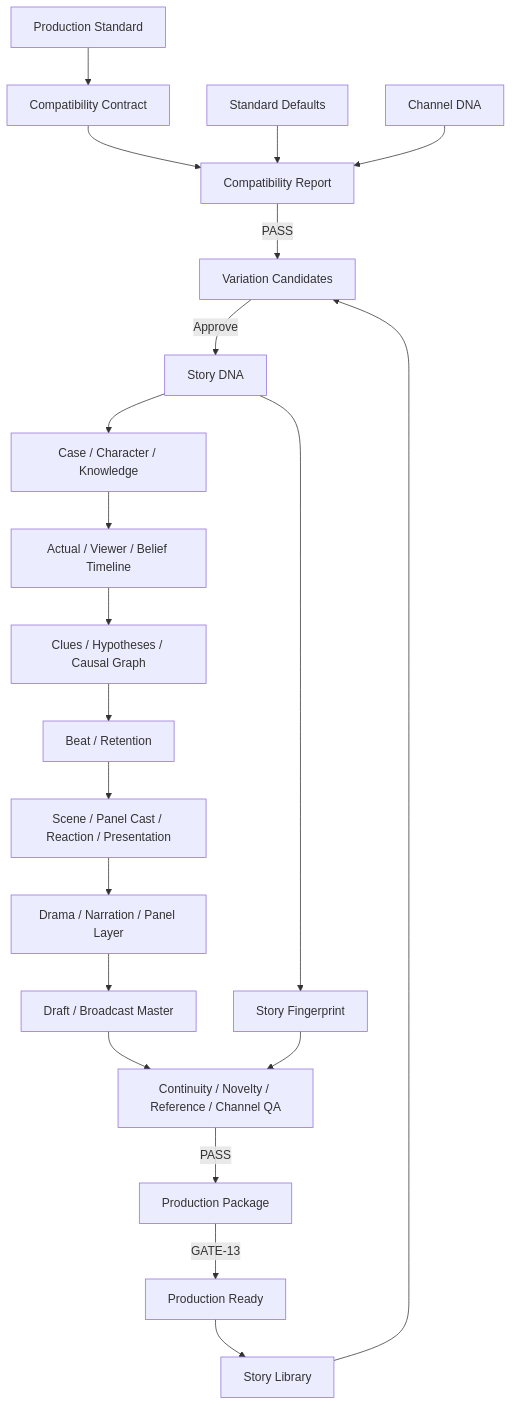
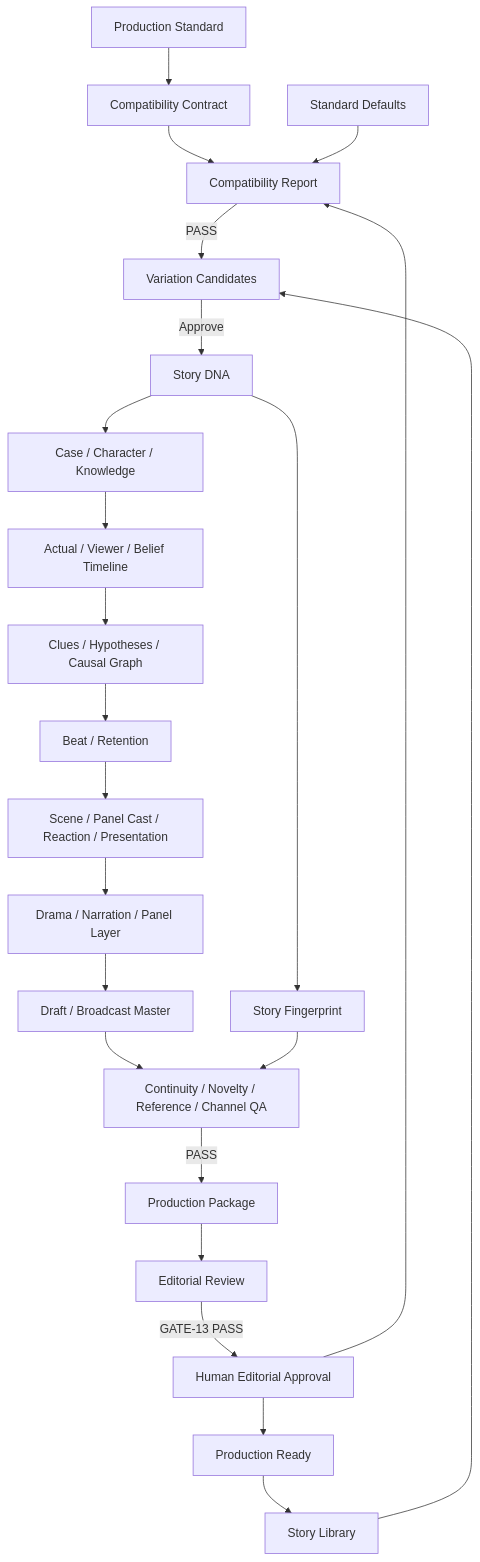
One commit to zzocojoa/mystery-starter-kit changed the first of 3 diagrams in docs/01-plan/erd.md. Above: the diagram before and after it, drawn with Mermaid. The commit also changed other lines of this file and 50 other files, not shown here.

````diff
--- a/docs/01-plan/erd.md
+++ b/docs/01-plan/erd.md
@@ -3,23 +3,25 @@
 ```mermaid
 flowchart TD
     S[Production Standard] --> C[Compatibility Contract]
     C --> R[Compatibility Report]
     D[Standard Defaults] --> R
     H[Channel DNA] --> R
     R -->|PASS| V[Variation Candidates]
     L[Story Library] --> V
     V -->|Approve| T[Story DNA]
     T --> F[Story Fingerprint]
     T --> K[Case / Character / Knowledge]
     K --> M[Actual / Viewer / Belief Timeline]
     M --> Q[Clues / Hypotheses / Causal Graph]
     Q --> B[Beat / Retention]
     B --> N[Scene / Panel Cast / Reaction / Presentation]
     N --> X[Drama / Narration / Panel Layer]
     X --> Y[Draft / Broadcast Master]
     Y --> A[Continuity / Novelty / Reference / Channel QA]
     F --> A
     A -->|PASS| P[Production Package]
-    P -->|GATE-13| Z[Production Ready]
+    P --> E[Editorial Review]
+    E -->|GATE-13 PASS| H[Human Editorial Approval]
+    H --> Z[Production Ready]
     Z --> L
 ```
````
